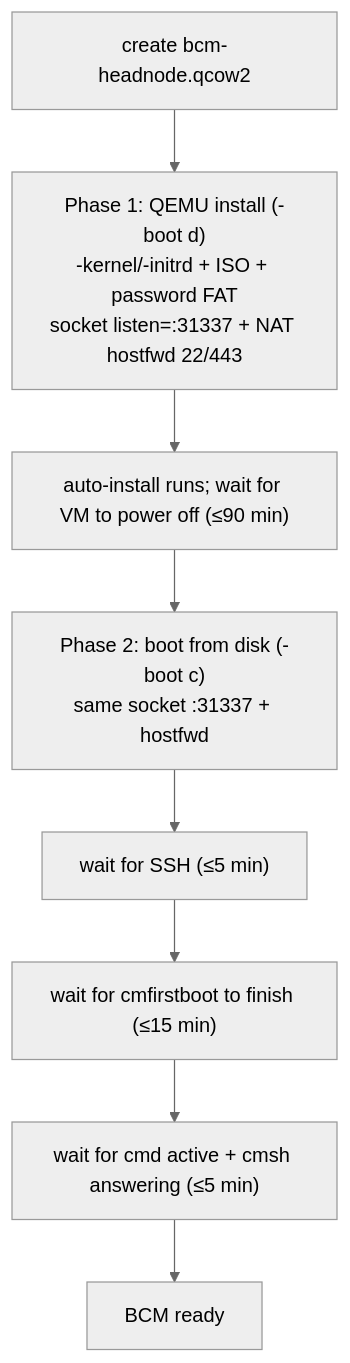
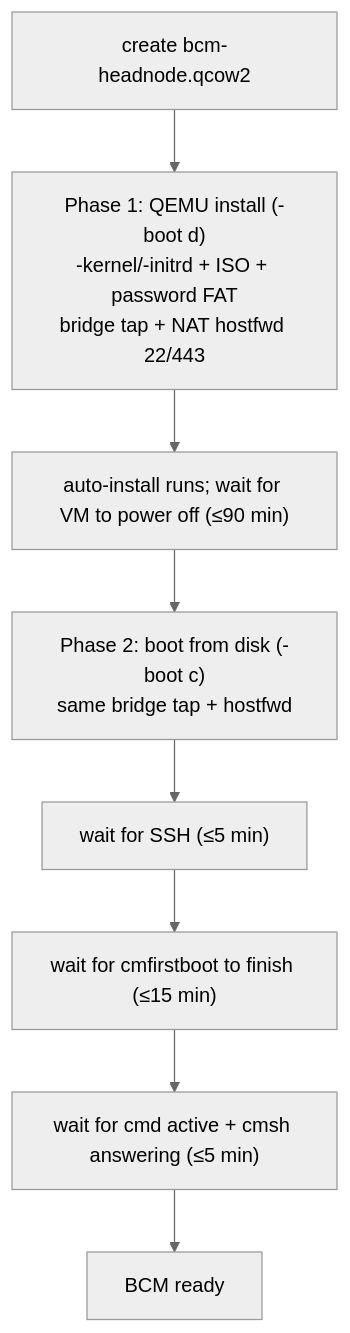
Before and after one commit to blik616287/kvm_bcm_plus_kairos: the diagram in docs/stage-2-bcm-vm.md, drawn with Mermaid (neutral theme). The commit also changed other lines of this file and 58 other files, not shown here.

````diff
--- a/docs/stage-2-bcm-vm.md
+++ b/docs/stage-2-bcm-vm.md
@@ -14,10 +14,10 @@
 ```mermaid
 flowchart TD
-  A["create bcm-headnode.qcow2"] --> P1["Phase 1: QEMU install (-boot d)<br/>-kernel/-initrd + ISO + password FAT<br/>socket listen=:31337 + NAT hostfwd 22/443"]
+  A["create bcm-headnode.qcow2"] --> P1["Phase 1: QEMU install (-boot d)<br/>-kernel/-initrd + ISO + password FAT<br/>bridge tap + NAT hostfwd 22/443"]
   P1 --> W1["auto-install runs; wait for VM to power off (≤90 min)"]
-  W1 --> P2["Phase 2: boot from disk (-boot c)<br/>same socket :31337 + hostfwd"]
+  W1 --> P2["Phase 2: boot from disk (-boot c)<br/>same bridge tap + hostfwd"]
   P2 --> S["wait for SSH (≤5 min)"]
   S --> CF["wait for cmfirstboot to finish (≤15 min)"]
   CF --> CM["wait for cmd active + cmsh answering (≤5 min)"]
   CM --> OK["BCM ready"]
 ```
````
